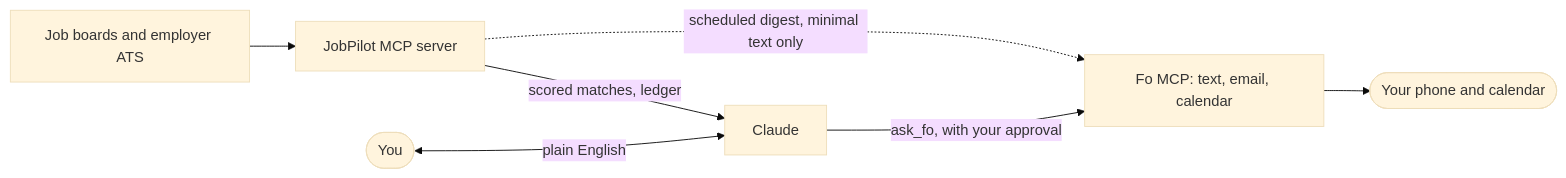
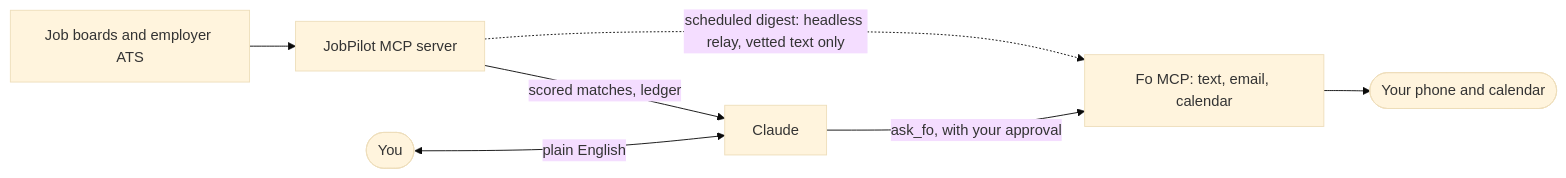
Before and after one commit to 4asaanAI/job-seeker: the diagram in README.md, drawn with Mermaid (base theme). The commit also changed other lines of this file and 6 other files, not shown here.

````diff
--- a/README.md
+++ b/README.md
@@ -33,9 +33,9 @@
 ```mermaid
 flowchart LR
   boards[Job boards and employer ATS] --> JP[JobPilot MCP server]
   JP -->|scored matches, ledger| Claude
   you([You]) <-->|plain English| Claude
   Claude -->|ask_fo, with your approval| Fo[Fo MCP: text, email, calendar]
   Fo --> phone([Your phone and calendar])
-  JP -.->|scheduled digest, minimal text only| Fo
+  JP -.->|scheduled digest: headless relay, vetted text only| Fo
 ```
````
